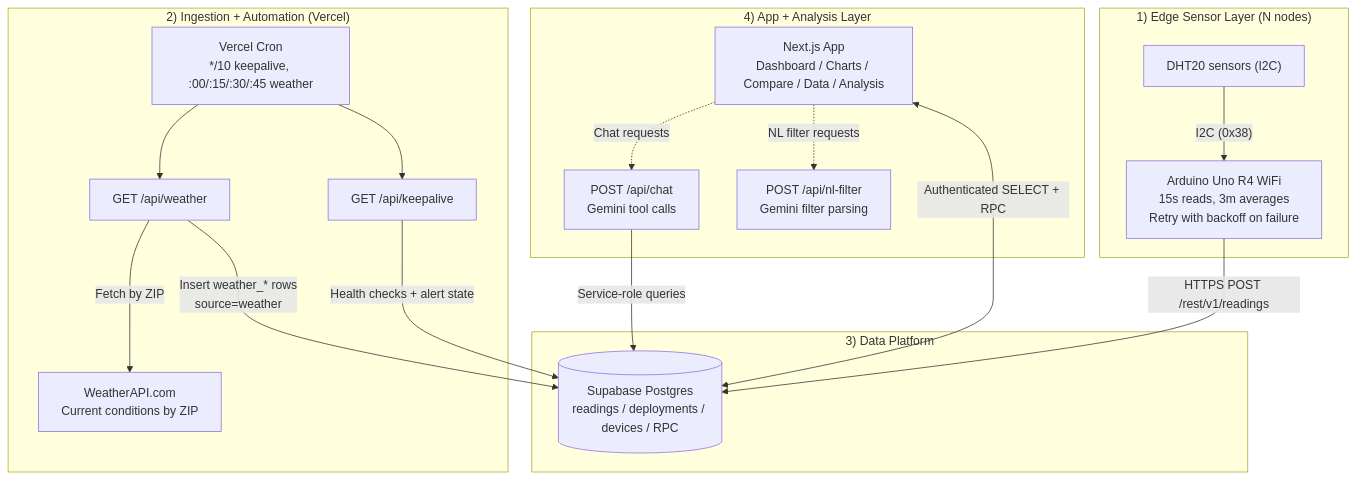
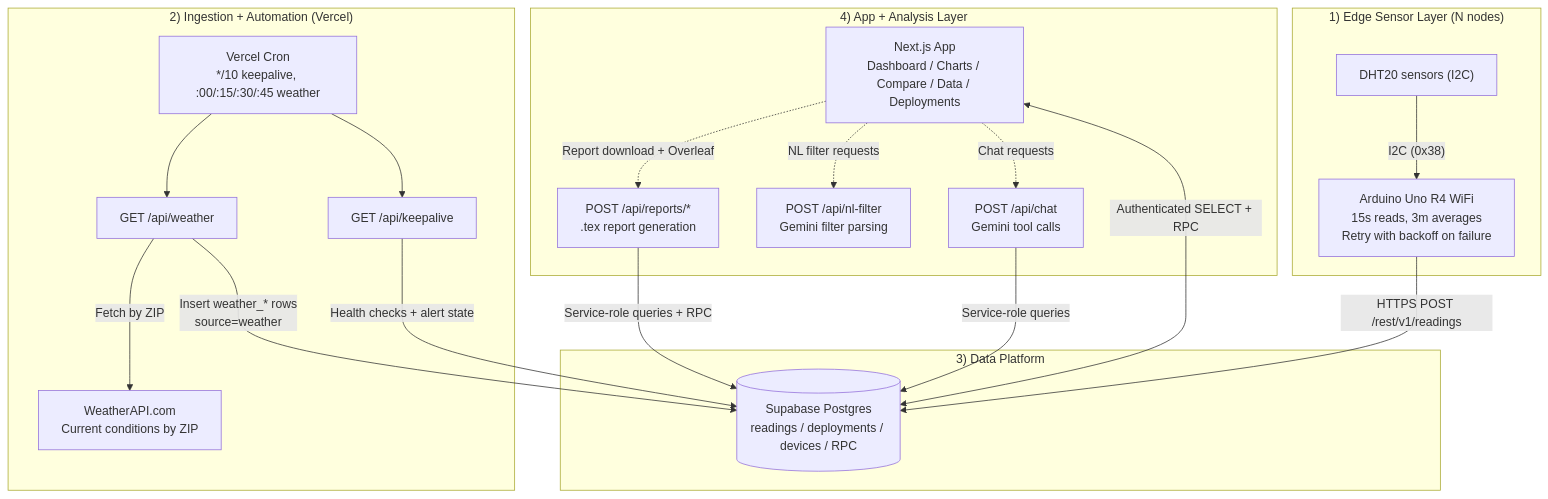
The diagram in README.md (nikholasnova/TH-Dashboard), drawn with Mermaid before and after one commit. The commit also changed other lines of this file and 4 other files, not shown here.

````diff
--- a/README.md
+++ b/README.md
@@ -15,36 +15,39 @@
 ```mermaid
 flowchart TB
   subgraph edge["1) Edge Sensor Layer (N nodes)"]
     dht["DHT20 sensors (I2C)"]
     nodes["Arduino Uno R4 WiFi<br/>15s reads, 3m averages<br/>Retry with backoff on failure"]
     dht -->|"I2C (0x38)"| nodes
   end
 
   subgraph ingest["2) Ingestion + Automation (Vercel)"]
     cron["Vercel Cron<br/>*/10 keepalive, :00/:15/:30/:45 weather"]
     keepalive["GET /api/keepalive"]
     weatherRoute["GET /api/weather"]
     wx["WeatherAPI.com<br/>Current conditions by ZIP"]
     cron --> keepalive
     cron --> weatherRoute
     weatherRoute -->|"Fetch by ZIP"| wx
   end
 
   subgraph data["3) Data Platform"]
     db[("Supabase Postgres<br/>readings / deployments / devices / RPC")]
   end
 
   subgraph app["4) App + Analysis Layer"]
-    ui["Next.js App<br/>Dashboard / Charts / Compare / Data / Analysis"]
+    ui["Next.js App<br/>Dashboard / Charts / Compare / Data / Deployments"]
     chat["POST /api/chat<br/>Gemini tool calls"]
     nl["POST /api/nl-filter<br/>Gemini filter parsing"]
+    reports["POST /api/reports/*<br/>.tex report generation"]
   end
 
   nodes -->|"HTTPS POST /rest/v1/readings"| db
   keepalive -->|"Health checks + alert state"| db
   weatherRoute -->|"Insert weather_* rows<br/>source=weather"| db
   ui <-->|"Authenticated SELECT + RPC"| db
   chat -->|"Service-role queries"| db
+  reports -->|"Service-role queries + RPC"| db
   ui -. "Chat requests" .-> chat
   ui -. "NL filter requests" .-> nl
+  ui -. "Report download + Overleaf" .-> reports
 ```
````
